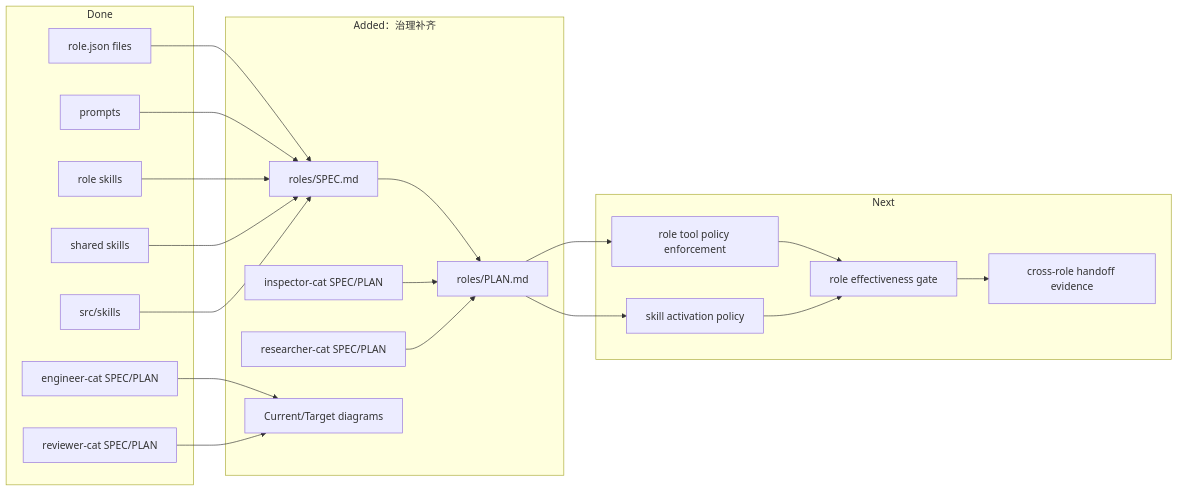
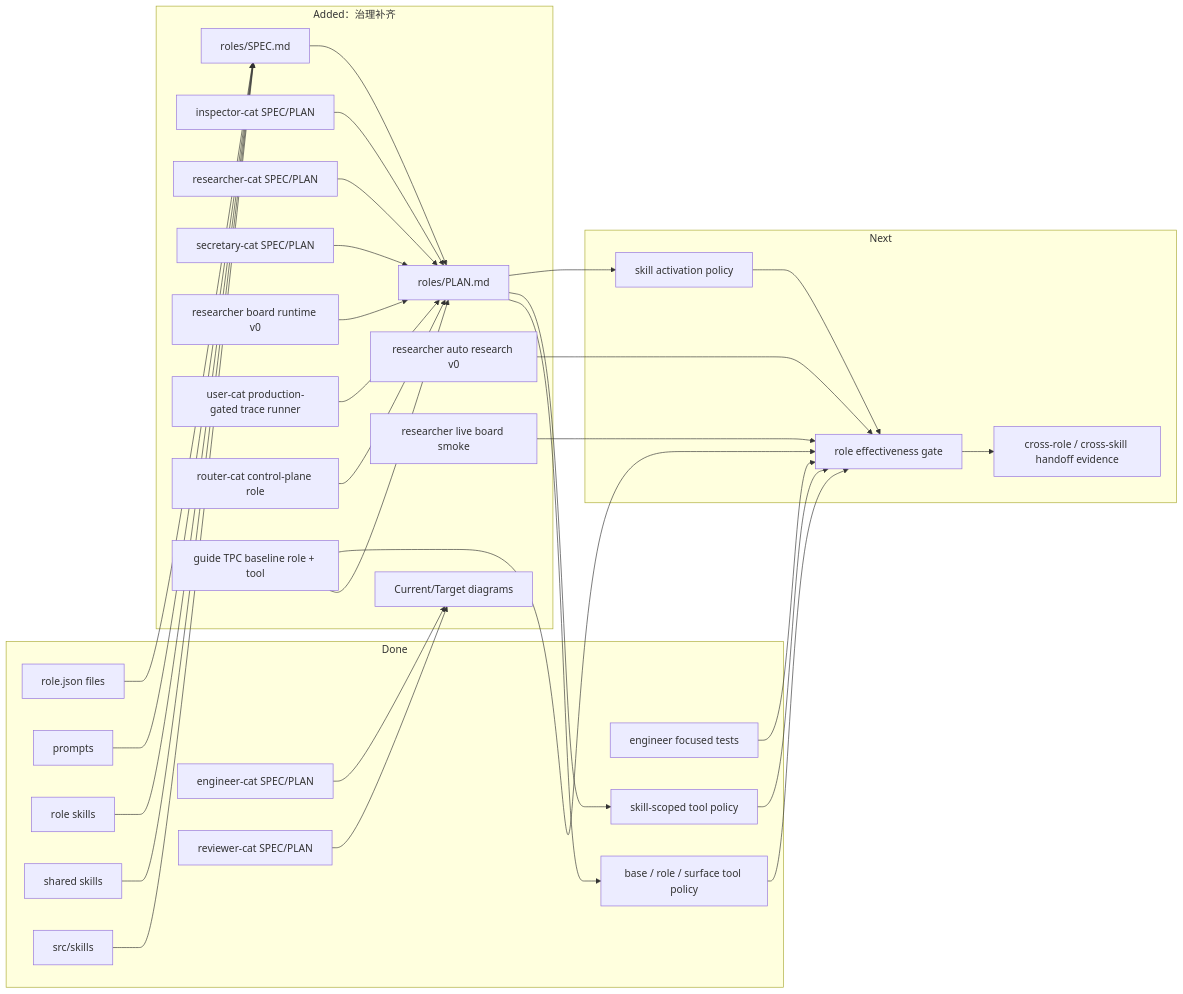
The diagram in roles/PLAN.md (fightheyyy/XiaoBa-CLI), drawn with Mermaid before and after one commit. The commit also changed other lines of this file and 271 other files, not shown here.

````diff
--- a/roles/PLAN.md
+++ b/roles/PLAN.md
@@ -13,43 +19,63 @@
 ```mermaid
 flowchart LR
     subgraph Done["Done"]
         RoleJson["role.json files"]
         Prompts["prompts"]
         Skills["role skills"]
         SharedSkills["shared skills"]
         SkillRuntime["src/skills"]
         EngineerDocs["engineer-cat SPEC/PLAN"]
+        EngineerChecks["engineer focused tests"]
         ReviewerDocs["reviewer-cat SPEC/PLAN"]
+        ToolPolicy["base / role / surface tool policy"]
+        ScopedPolicy["skill-scoped tool policy"]
     end
 
     subgraph Added["Added：治理补齐"]
         RolesSpec["roles/SPEC.md"]
         RolesPlan["roles/PLAN.md"]
         InspectorDocs["inspector-cat SPEC/PLAN"]
         ResearcherDocs["researcher-cat SPEC/PLAN"]
+        SecretaryDocs["secretary-cat SPEC/PLAN"]
+        ResearcherRuntime["researcher board runtime v0"]
+        ResearcherAuto["researcher auto research v0"]
+        ResearcherLive["researcher live board smoke"]
+        UserAssets["user-cat production-gated trace runner"]
+        RouterAssets["router-cat control-plane role"]
+        GuideAssets["guide TPC baseline role + tool"]
         Diagrams["Current/Target diagrams"]
     end
 
     subgraph Next["Next"]
-        ToolPolicy["role tool policy enforcement"]
         RoleEval["role effectiveness gate"]
         SkillPolicy["skill activation policy"]
-        Handoff["cross-role handoff evidence"]
+        Handoff["cross-role / cross-skill handoff evidence"]
     end
 
     RoleJson --> RolesSpec
     Prompts --> RolesSpec
     Skills --> RolesSpec
     SharedSkills --> RolesSpec
     SkillRuntime --> RolesSpec
     EngineerDocs --> Diagrams
+    EngineerChecks --> RoleEval
     ReviewerDocs --> Diagrams
     RolesSpec --> RolesPlan
     InspectorDocs --> RolesPlan
     ResearcherDocs --> RolesPlan
+    ResearcherRuntime --> RolesPlan
+    ResearcherAuto --> RoleEval
+    ResearcherLive --> RoleEval
+    SecretaryDocs --> RolesPlan
+    UserAssets --> RolesPlan
+    RouterAssets --> RolesPlan
+    GuideAssets --> RolesPlan
+    GuideAssets --> RoleEval
     RolesPlan --> ToolPolicy
+    RolesPlan --> ScopedPolicy
     RolesPlan --> SkillPolicy
     ToolPolicy --> RoleEval
+    ScopedPolicy --> RoleEval
     SkillPolicy --> RoleEval
     RoleEval --> Handoff
 ```
````
